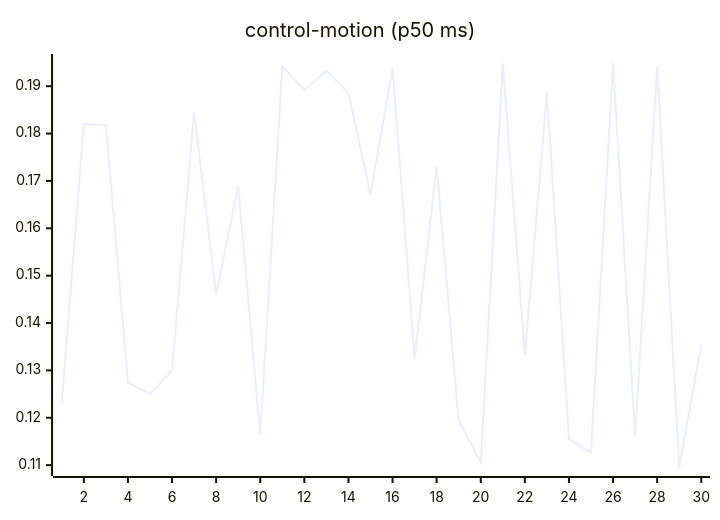
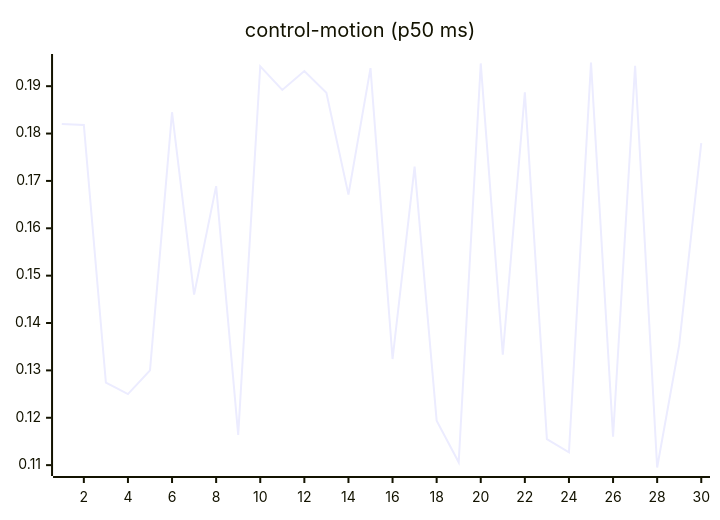
The seventh of 27 diagrams in README.md (josha/Facet), drawn with Mermaid before and after one commit. The commit also changed other lines of this file and 2 other files, not shown here.

````diff
--- a/README.md
+++ b/README.md
@@ -105,6 +105,6 @@
 ```mermaid
 xychart-beta
     title "control-motion (p50 ms)"
     x-axis 1 --> 30
-    line [0.1234, 0.1820, 0.1818, 0.1274, 0.1250, 0.1300, 0.1845, 0.1460, 0.1689, 0.1164, 0.1942, 0.1892, 0.1932, 0.1886, 0.1671, 0.1938, 0.1324, 0.1730, 0.1194, 0.1106, 0.1948, 0.1333, 0.1887, 0.1155, 0.1127, 0.1950, 0.1160, 0.1943, 0.1095, 0.1354]
+    line [0.1820, 0.1818, 0.1274, 0.1250, 0.1300, 0.1845, 0.1460, 0.1689, 0.1164, 0.1942, 0.1892, 0.1932, 0.1886, 0.1671, 0.1938, 0.1324, 0.1730, 0.1194, 0.1106, 0.1948, 0.1333, 0.1887, 0.1155, 0.1127, 0.1950, 0.1160, 0.1943, 0.1095, 0.1354, 0.1780]
 ```
````
